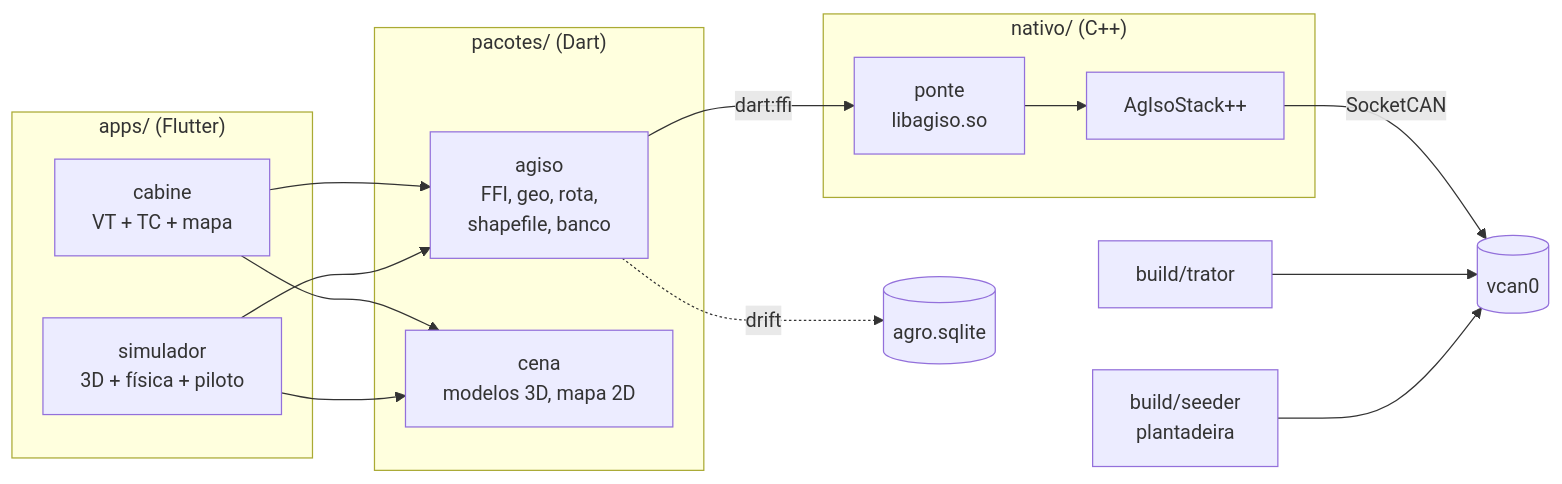
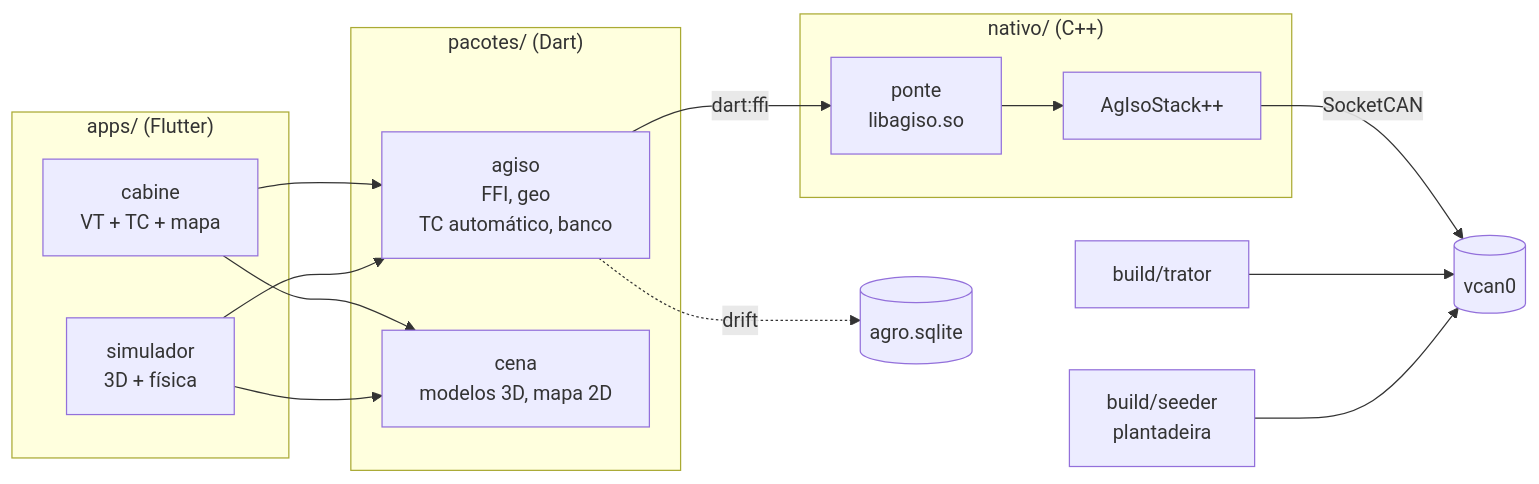
One commit to jmfdev6/devfest-isobus-flutter changed the first of 3 diagrams in docs/arquitetura.md. Above: the diagram before and after it, drawn with Mermaid. The commit also changed other lines of this file and 58 other files, not shown here.

First line of the commit message:
Cabine só com o VT; tira shapefile, piloto automático e mapas

````diff
--- a/docs/arquitetura.md
+++ b/docs/arquitetura.md
@@ -5,26 +5,26 @@
 ```mermaid
 flowchart LR
     subgraph Flutter["apps/ (Flutter)"]
         CAB[cabine<br/>VT + TC + mapa]
-        SIM[simulador<br/>3D + física + piloto]
+        SIM[simulador<br/>3D + física]
     end
     subgraph Dart["pacotes/ (Dart)"]
-        AG[agiso<br/>FFI, geo, rota,<br/>shapefile, banco]
+        AG[agiso<br/>FFI, geo<br/>TC automático, banco]
         CENA[cena<br/>modelos 3D, mapa 2D]
     end
     subgraph Nativo["nativo/ (C++)"]
         PONTE[ponte<br/>libagiso.so]
         STACK[AgIsoStack++]
     end
     CAB --> AG
     SIM --> AG
     CAB --> CENA
     SIM --> CENA
     AG -- "dart:ffi" --> PONTE
     PONTE --> STACK
     STACK -- SocketCAN --> VCAN[(vcan0)]
     TRATOR[build/trator] --> VCAN
     SEEDER[build/seeder<br/>plantadeira] --> VCAN
     DB[(agro.sqlite)]
     AG -. drift .-> DB
 ```
````
